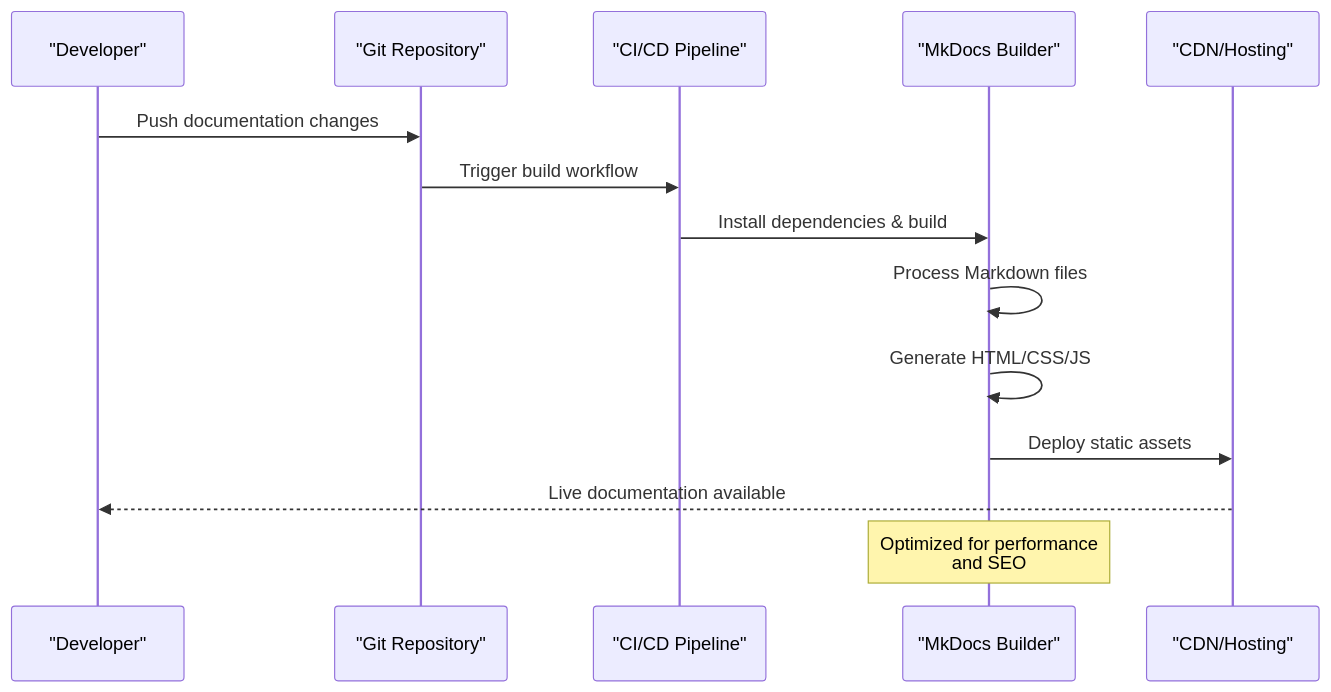
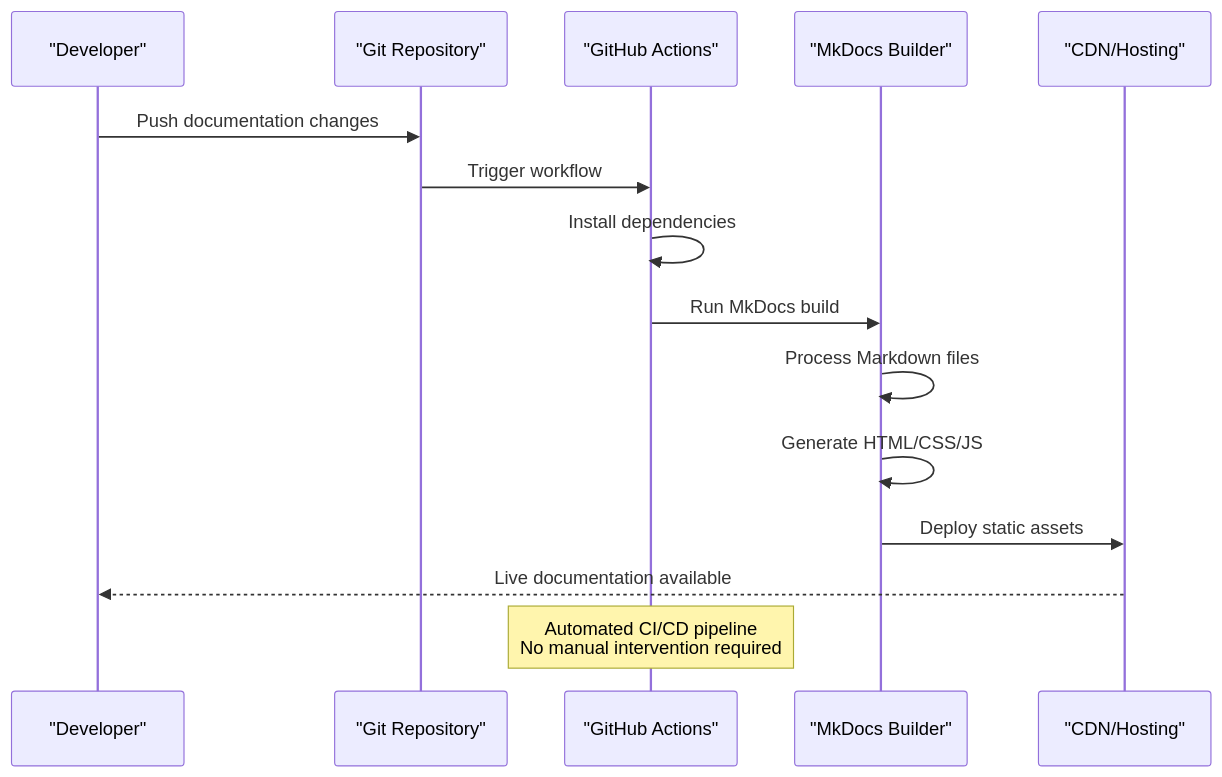
Before and after one commit to UltraOptiMega/UltraOptiMega.github.io: the second of 6 diagrams in .qoder/repowiki/en/content/Deployment Guide.md, drawn with Mermaid. The commit also changed other lines of this file and 6 other files, not shown here.

````diff
--- a/.qoder/repowiki/en/content/Deployment Guide.md
+++ b/.qoder/repowiki/en/content/Deployment Guide.md
@@ -92,16 +104,17 @@
 ```mermaid
 sequenceDiagram
 participant Dev as "Developer"
 participant Git as "Git Repository"
-participant CI as "CI/CD Pipeline"
+participant Actions as "GitHub Actions"
 participant Builder as "MkDocs Builder"
 participant CDN as "CDN/Hosting"
 Dev->>Git : Push documentation changes
-Git->>CI : Trigger build workflow
-CI->>Builder : Install dependencies & build
+Git->>Actions : Trigger workflow
+Actions->>Actions : Install dependencies
+Actions->>Builder : Run MkDocs build
 Builder->>Builder : Process Markdown files
 Builder->>Builder : Generate HTML/CSS/JS
 Builder->>CDN : Deploy static assets
 CDN-->>Dev : Live documentation available
-Note over Builder : Optimized for performance<br/>and SEO
+Note over Actions : Automated CI/CD pipeline<br/>No manual intervention required
 ```
````
